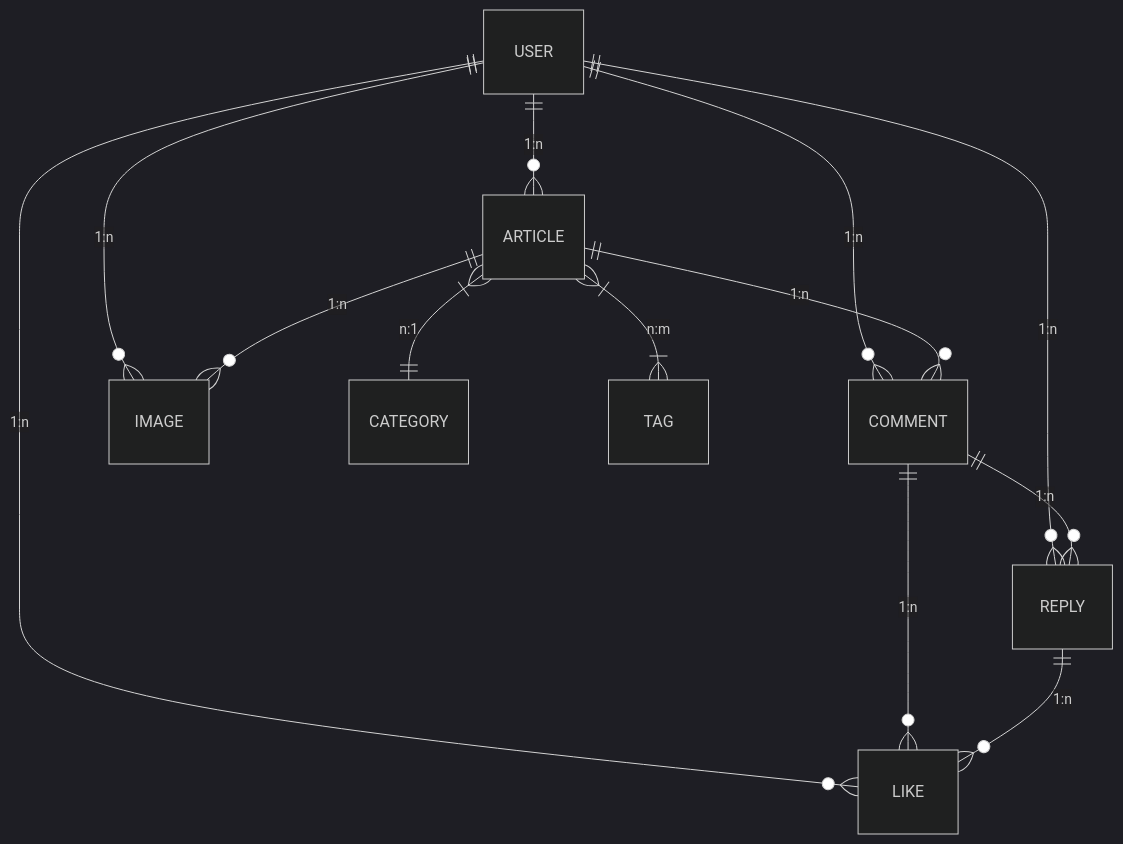
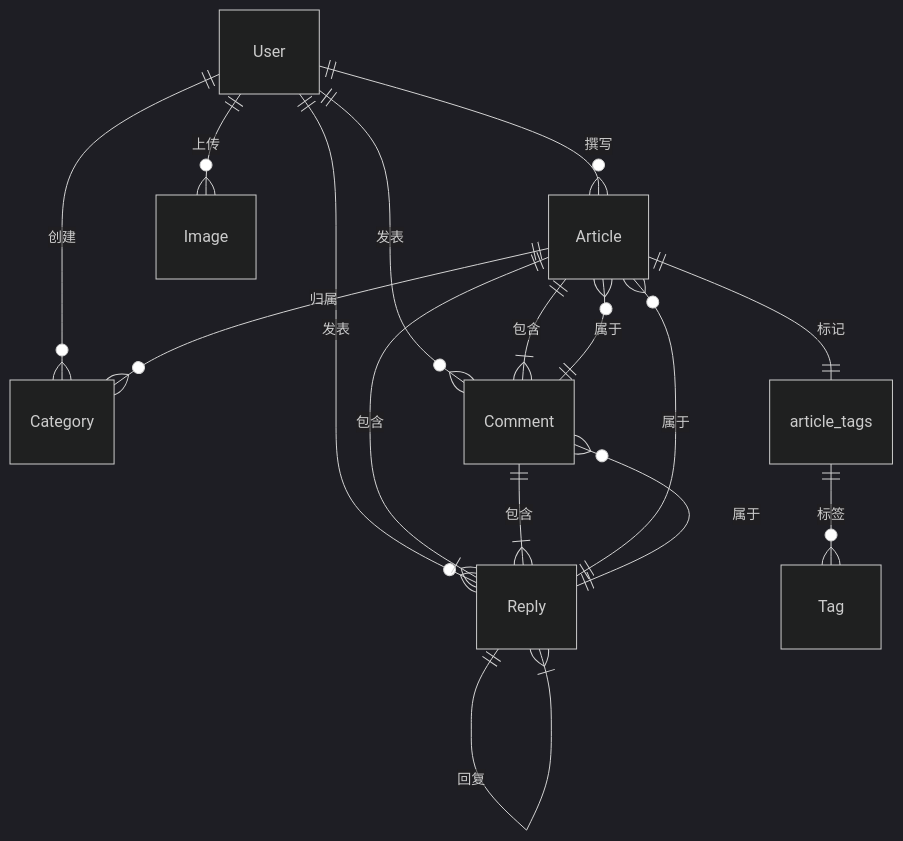
The first of 3 diagrams in README.md (Jack-samu/the-blog-backend), drawn with Mermaid (dark theme) before and after one commit. The commit also changed other lines of this file and 11 other files, not shown here.

````diff
--- a/README.md
+++ b/README.md
@@ -13,18 +34,22 @@
 ```mermaid
 erDiagram
-    USER ||--o{ ARTICLE : "1:n"
-    USER ||--o{ COMMENT : "1:n"
-    USER ||--o{ REPLY : "1:n"
-    USER ||--o{ IMAGE : "1:n"
-    USER ||--o{ LIKE : "1:n"
+    User ||--o{ Article : "撰写"
+    User ||--o{ Category : "创建"
+    User ||--o{ Image : "上传"
+    User ||--o{ Comment : "发表"
+    User ||--o{ Reply : "发表"
     
-    ARTICLE ||--o{ COMMENT : "1:n"
-    ARTICLE ||--o{ IMAGE : "1:n"
-    ARTICLE }|--|| CATEGORY : "n:1"
-    ARTICLE }|--|{ TAG : "n:m"
+    Article ||--o{ Category : "归属"
+    Article ||--|| article_tags : "标记"
+    Article ||--|{ Comment : "包含"
+    Article ||--|{ Reply : "包含"
     
-    COMMENT ||--o{ REPLY : "1:n"
-    COMMENT ||--o{ LIKE : "1:n"
+    Comment ||--o{ Article : "属于"
+    Comment ||--|{ Reply : "包含"
     
-    REPLY ||--o{ LIKE : "1:n"
+    Reply ||--o{ Article : "属于"
+    Reply ||--o{ Comment : "属于"
+    Reply ||--|{ Reply : "回复"
+    
+    article_tags ||--o{ Tag : "标签"
 ```
````
